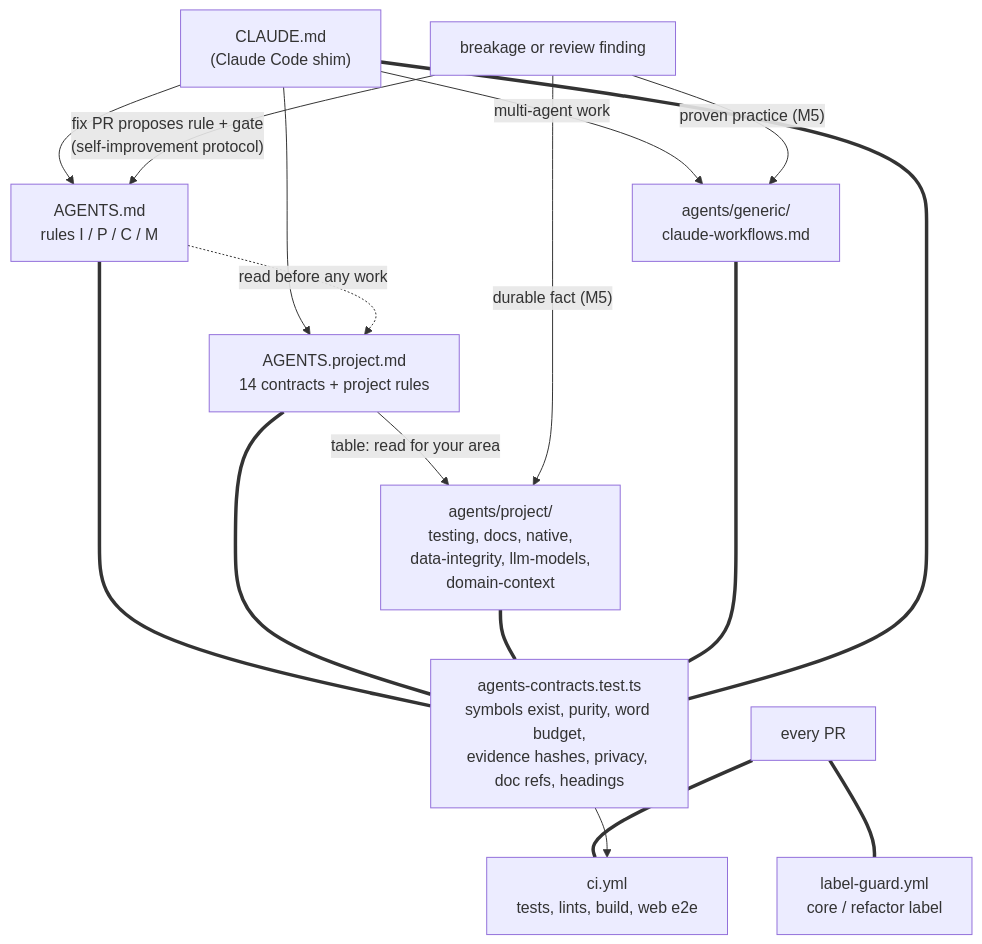
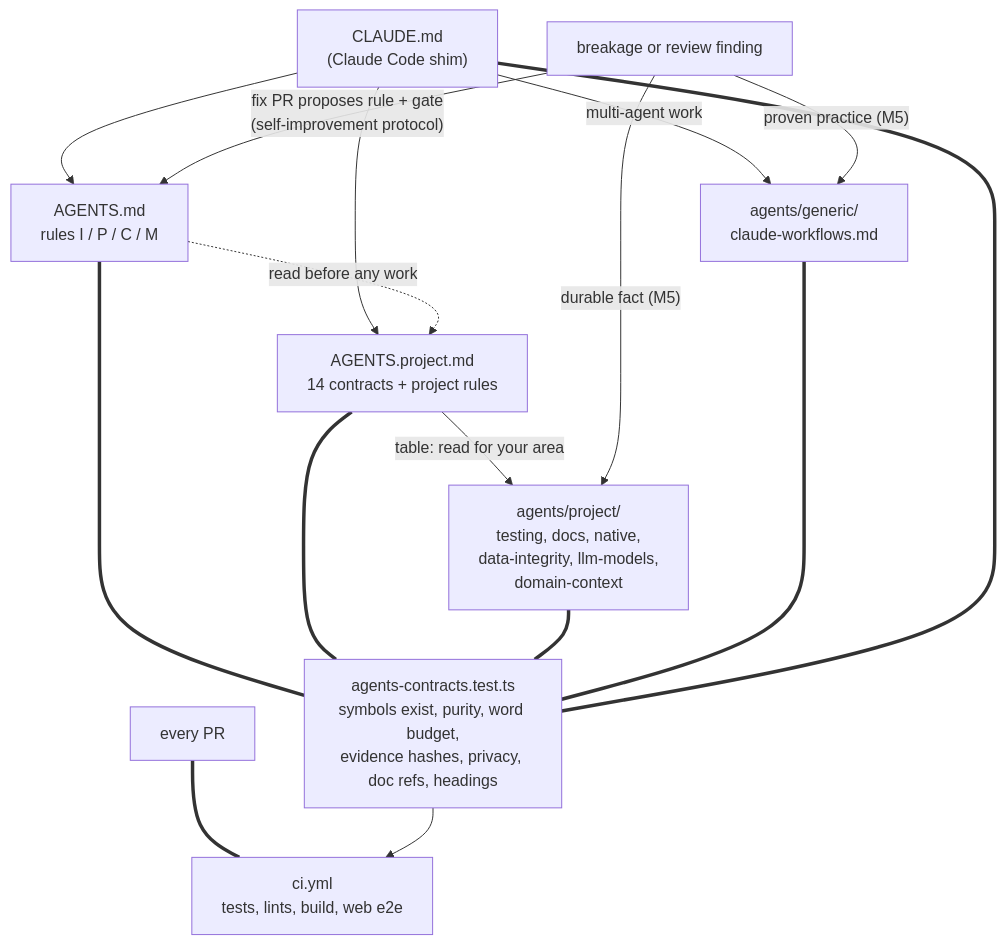
The diagram in docs/developer-guide/14-agent-development-model.rst (ZoneMinder/zmNinjaNG), drawn with Mermaid before and after one commit. The commit also changed other lines of this file and 1 other file, not shown here.

First line of the commit message:
docs: drop the core/refactor PR label rule

```diff
--- a/docs/developer-guide/14-agent-development-model.rst
+++ b/docs/developer-guide/14-agent-development-model.rst
@@ -306,19 +299,18 @@
 .. mermaid::
 
    graph TD
      CL["CLAUDE.md<br/>(Claude Code shim)"] --> AG["AGENTS.md<br/>rules I / P / C / M"]
      CL --> AP["AGENTS.project.md<br/>14 contracts + project rules"]
      AG -. "read before any work" .-> AP
      AP -- "table: read for your area" --> PP["agents/project/<br/>testing, docs, native,<br/>data-integrity, llm-models,<br/>domain-context"]
      CL -- "multi-agent work" --> GP["agents/generic/<br/>claude-workflows.md"]
      AG === GATE["agents-contracts.test.ts<br/>symbols exist, purity, word budget,<br/>evidence hashes, privacy, doc refs, headings"]
      AP === GATE
      PP === GATE
      GP === GATE
      CL === GATE
-     PR["every PR"] === LG["label-guard.yml<br/>core / refactor label"]
-     PR === CI["ci.yml<br/>tests, lints, build, web e2e"]
+     PR["every PR"] === CI["ci.yml<br/>tests, lints, build, web e2e"]
      GATE --> CI
      FAIL["breakage or review finding"] -- "fix PR proposes rule + gate<br/>(self-improvement protocol)" --> AG
      FAIL -- "durable fact (M5)" --> PP
      FAIL -- "proven practice (M5)" --> GP
```
